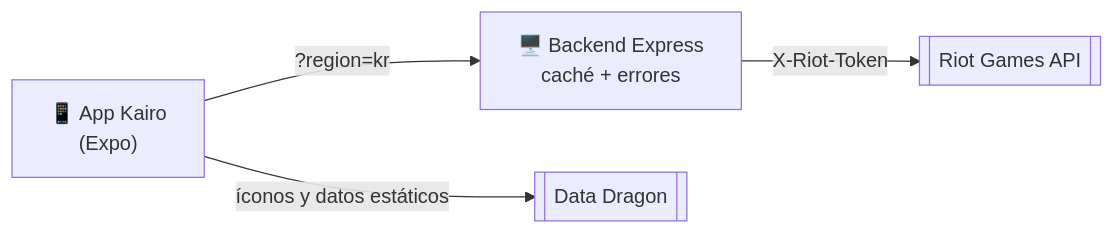
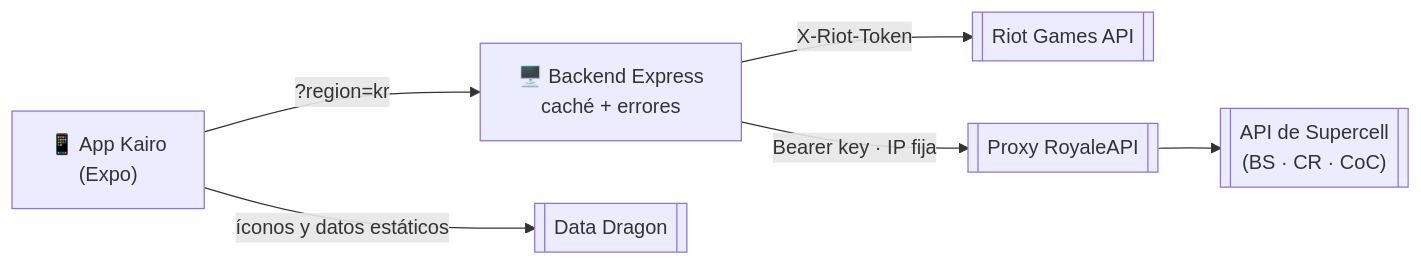
The diagram in README.md (0scar07/Kairo), drawn with Mermaid before and after one commit. The commit also changed other lines of this file and 3 other files, not shown here.

````diff
--- a/README.md
+++ b/README.md
@@ -120,6 +126,7 @@
 ```mermaid
 flowchart LR
     App["📱 App Kairo<br/>(Expo)"] -- "?region=kr" --> API["🖥️ Backend Express<br/>caché + errores"]
     API -- "X-Riot-Token" --> Riot[["Riot Games API"]]
+    API -- "Bearer key · IP fija" --> Proxy[["Proxy RoyaleAPI"]] --> SC[["API de Supercell<br/>(BS · CR · CoC)"]]
     App -- "íconos y datos estáticos" --> DD[["Data Dragon"]]
 ```
````
